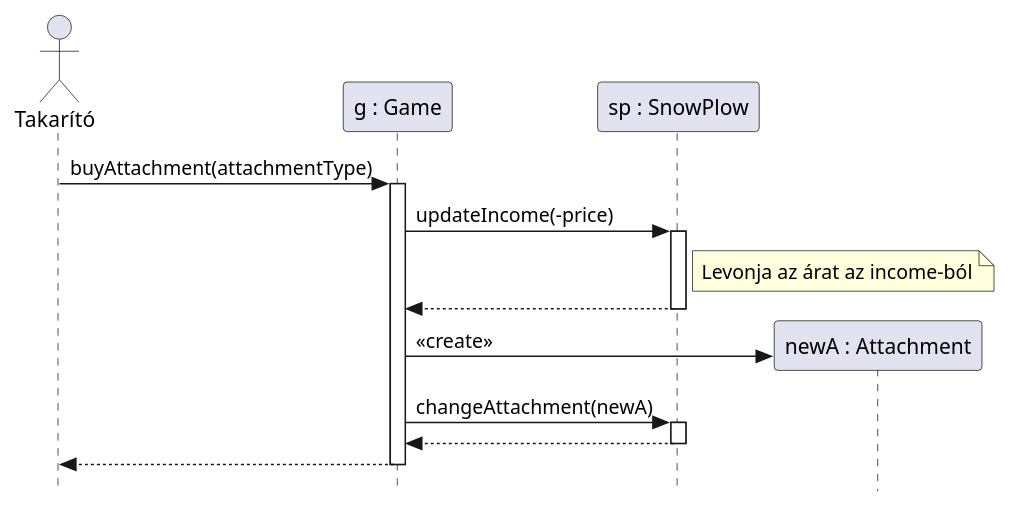
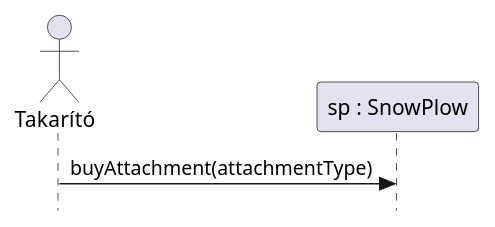
One commit to toth-andor/UneNotteANapoli changed the diagram in docs/diagrams/03UC.puml. Above: the diagram before and after it, drawn with PlantUML. The commit also changed 25 other files, not shown here.

Commit message:
update sequence diagrams

```diff
--- a/docs/diagrams/03UC.puml
+++ b/docs/diagrams/03UC.puml
@@ -1,26 +1,8 @@
 @startuml
 skinparam style strictuml
 
 actor "Takarító" as T
-participant "g : Game" as G
 participant "sp : SnowPlow" as SP
 
-T -> G : buyAttachment(attachmentType)
-activate G
-    G -> SP : updateIncome(-price)
-    activate SP
-    note right of SP: Levonja az árat az income-ból
-    SP --> G
-    deactivate SP
-    
-    create participant "newA : Attachment" as NA
-    G -> NA : <<create>>
-    
-    G -> SP : changeAttachment(newA)
-    activate SP
-    SP --> G
-    deactivate SP
-    
-G --> T
-deactivate G
+T -> SP : buyAttachment(attachmentType)
 @enduml
```
